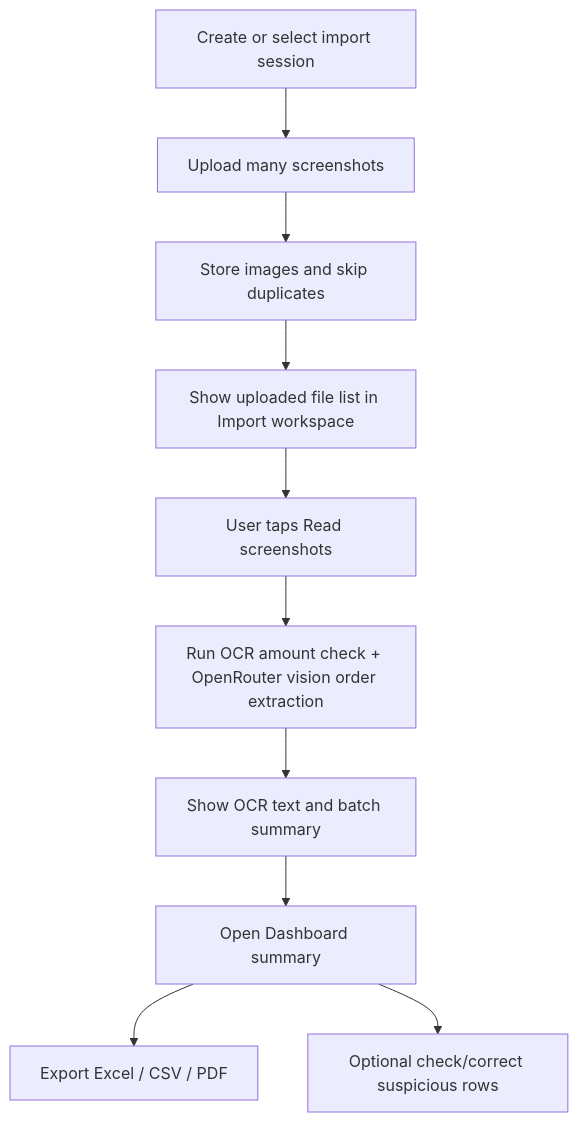
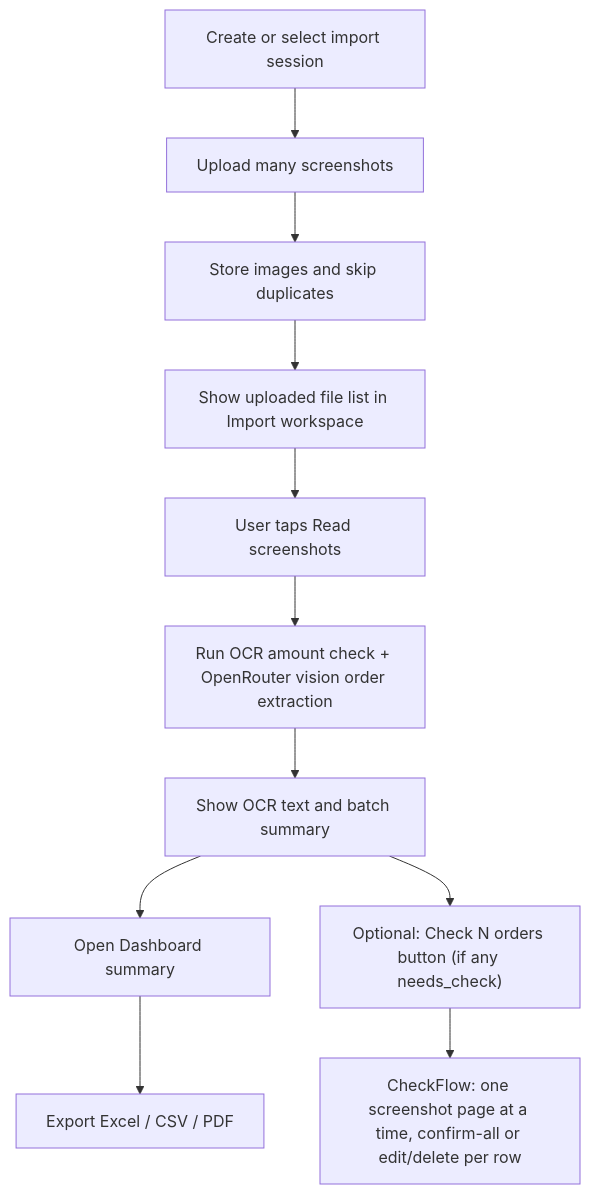
Before and after one commit to bew45/orderLed: the diagram in PROJECT_INDEX.md, drawn with Mermaid. The commit also changed other lines of this file and 26 other files, not shown here.

Commit message:
Implement parallel LLM extraction flow

````diff
--- a/PROJECT_INDEX.md
+++ b/PROJECT_INDEX.md
@@ -13,12 +13,13 @@
 ```mermaid
 flowchart TD
   A["Create or select import session"] --> B["Upload many screenshots"]
   B --> C["Store images and skip duplicates"]
   C --> D["Show uploaded file list in Import workspace"]
   D --> E["User taps Read screenshots"]
   E --> F["Run OCR amount check + OpenRouter vision order extraction"]
   F --> G["Show OCR text and batch summary"]
   G --> H["Open Dashboard summary"]
   H --> I["Export Excel / CSV / PDF"]
-  H --> J["Optional check/correct suspicious rows"]
+  G --> J["Optional: Check N orders button (if any needs_check)"]
+  J --> K["CheckFlow: one screenshot page at a time, confirm-all or edit/delete per row"]
 ```
````
